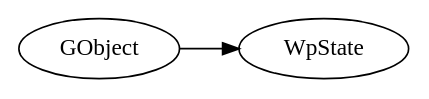
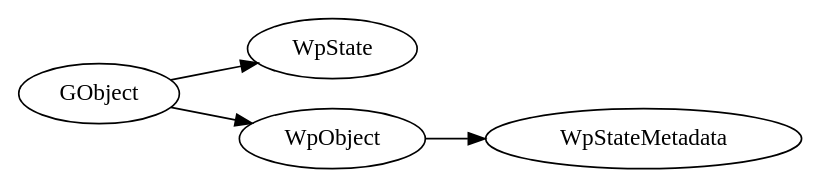
The diagram in docs/rst/library/c_api/state_api.rst (PipeWire/wireplumber), drawn with Graphviz before and after one commit. The commit also changed other lines of this file and 2 other files, not shown here.

First line of the commit message:
state: Add new WpStateMetadata class

```diff
--- a/docs/rst/library/c_api/state_api.rst
+++ b/docs/rst/library/c_api/state_api.rst
@@ -5,7 +5,8 @@
 .. graphviz::
   :align: center
 
    digraph inheritance {
       rankdir=LR;
       GObject -> WpState;
+      GObject -> WpObject -> WpStateMetadata;
    }
```
